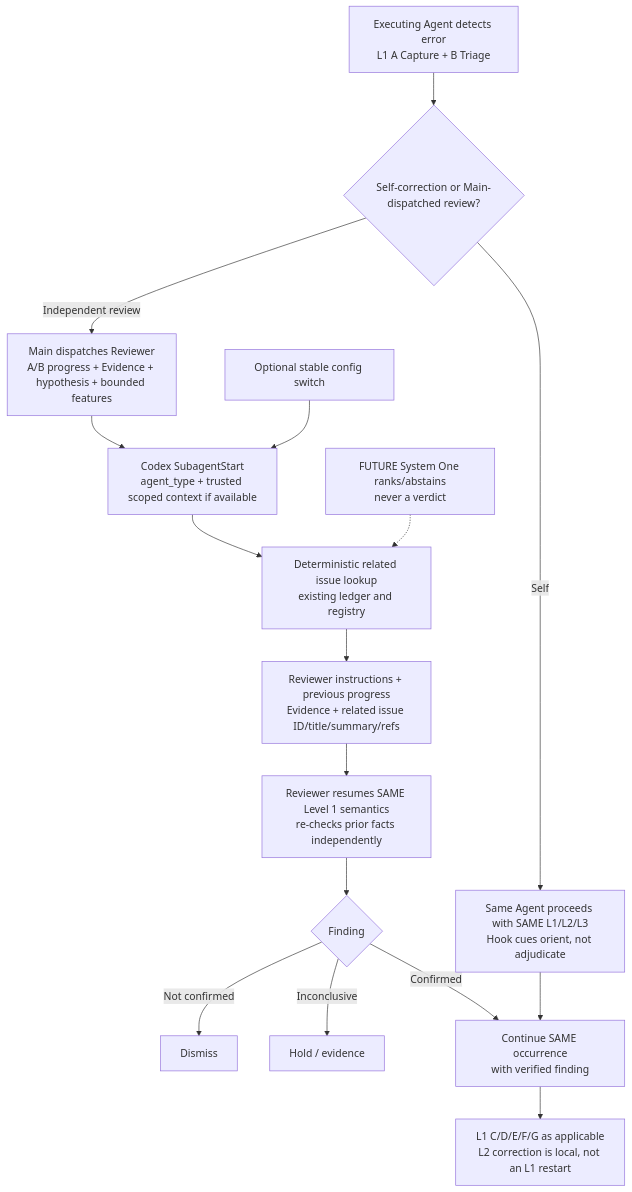
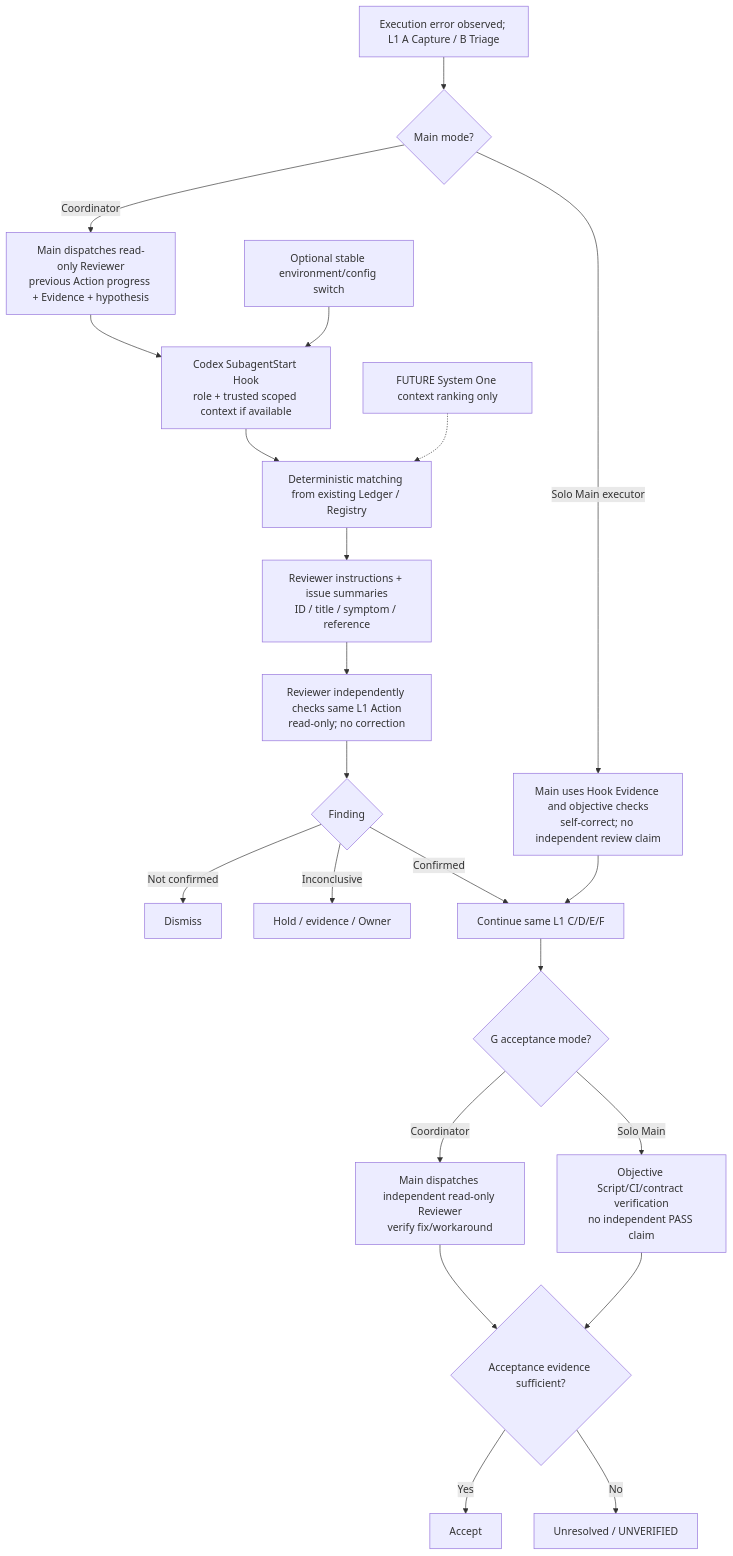
The first of 3 diagrams in docs/discussions/error-hook-framework/codex.md (dyphn1/Harness-everything), drawn with Mermaid before and after one commit. The commit also changed other lines of this file, not shown here.

Commit message:
docs(hooks): Codex coordinator mandatory read-only reviewer and G verification (#439)

````diff
--- a/docs/discussions/error-hook-framework/codex.md
+++ b/docs/discussions/error-hook-framework/codex.md
@@ -17,18 +17,24 @@
 ```mermaid
 flowchart TD
-  EX["Executing Agent detects error<br/>L1 A Capture + B Triage"] --> OWN{"Self-correction or Main-dispatched review?"}
-  OWN -->|Self| SELF["Same Agent proceeds with SAME L1/L2/L3<br/>Hook cues orient, not adjudicate"]
-  OWN -->|Independent review| DP["Main dispatches Reviewer<br/>A/B progress + Evidence + hypothesis + bounded features"]
-  DP --> HS["Codex SubagentStart<br/>agent_type + trusted scoped context if available"]
-  ENV["Optional stable config switch"] --> HS
-  HS --> SELECT["Deterministic related issue lookup<br/>existing ledger and registry"]
-  S1["FUTURE System One ranks/abstains<br/>never a verdict"] -.-> SELECT
-  SELECT --> SHORT["Reviewer instructions + previous progress<br/>Evidence + related issue ID/title/summary/refs"]
-  SHORT --> REV["Reviewer resumes SAME Level 1 semantics<br/>re-checks prior facts independently"]
-  REV --> FIND{"Finding"}
+  X["Execution error observed; L1 A Capture / B Triage"] --> MODE{"Main mode?"}
+  MODE -->|Coordinator| DP["Main dispatches read-only Reviewer<br/>previous Action progress + Evidence + hypothesis"]
+  MODE -->|Solo Main executor| SELF["Main uses Hook Evidence and objective checks<br/>self-correct; no independent review claim"]
+  DP --> SUB["Codex SubagentStart Hook<br/>role + trusted scoped context if available"]
+  ENV["Optional stable environment/config switch"] --> SUB
+  SUB --> MATCH["Deterministic matching from existing Ledger / Registry"]
+  S1["FUTURE System One context ranking only"] -.-> MATCH
+  MATCH --> CTX["Reviewer instructions + issue summaries<br/>ID / title / symptom / reference"]
+  CTX --> RV["Reviewer independently checks same L1 Action<br/>read-only; no correction"]
+  RV --> FIND{"Finding"}
   FIND -->|Not confirmed| DIS["Dismiss"]
-  FIND -->|Inconclusive| HOLD["Hold / evidence"]
-  FIND -->|Confirmed| CONT["Continue SAME occurrence<br/>with verified finding"]
-  SELF --> CONT
-  CONT --> ACTION["L1 C/D/E/F/G as applicable<br/>L2 correction is local, not an L1 restart"]
+  FIND -->|Inconclusive| HOLD["Hold / evidence / Owner"]
+  FIND -->|Confirmed| T["Continue same L1 C/D/E/F"]
+  SELF --> T
+  T --> ACCEPT{"G acceptance mode?"}
+  ACCEPT -->|Coordinator| A_RV["Main dispatches independent read-only Reviewer<br/>verify fix/workaround"]
+  ACCEPT -->|Solo Main| A_M["Objective Script/CI/contract verification<br/>no independent PASS claim"]
+  A_RV --> OUT{"Acceptance evidence sufficient?"}
+  A_M --> OUT
+  OUT -->|Yes| OK["Accept"]
+  OUT -->|No| UNR["Unresolved / UNVERIFIED"]
 ```
````
